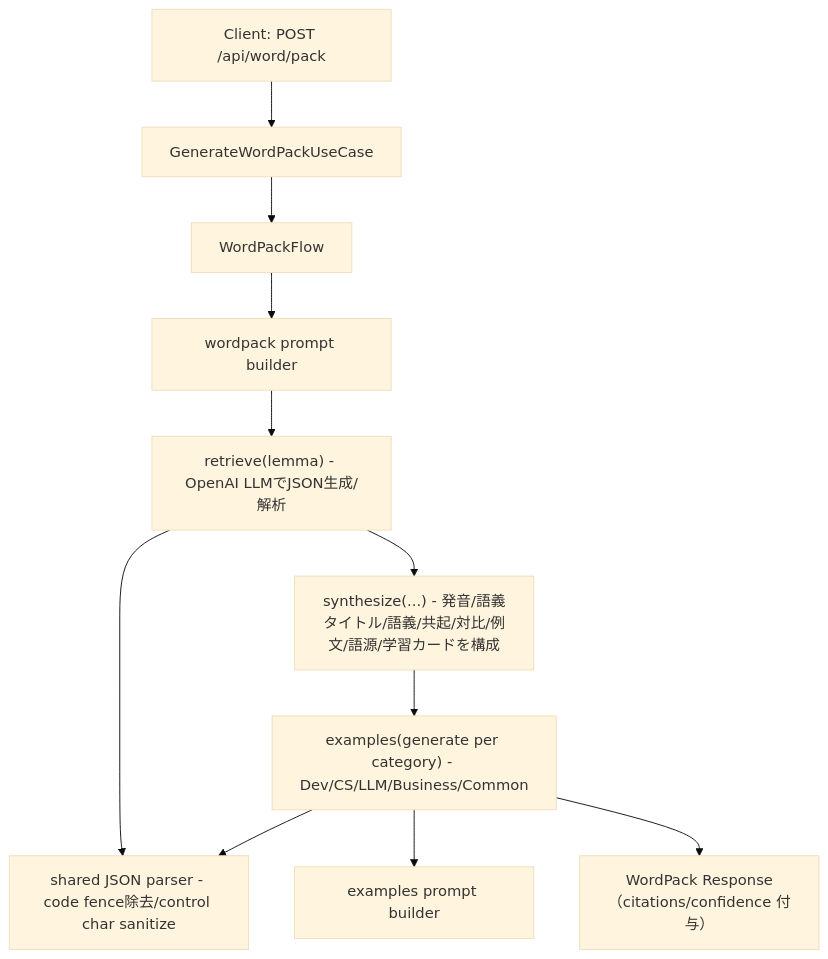
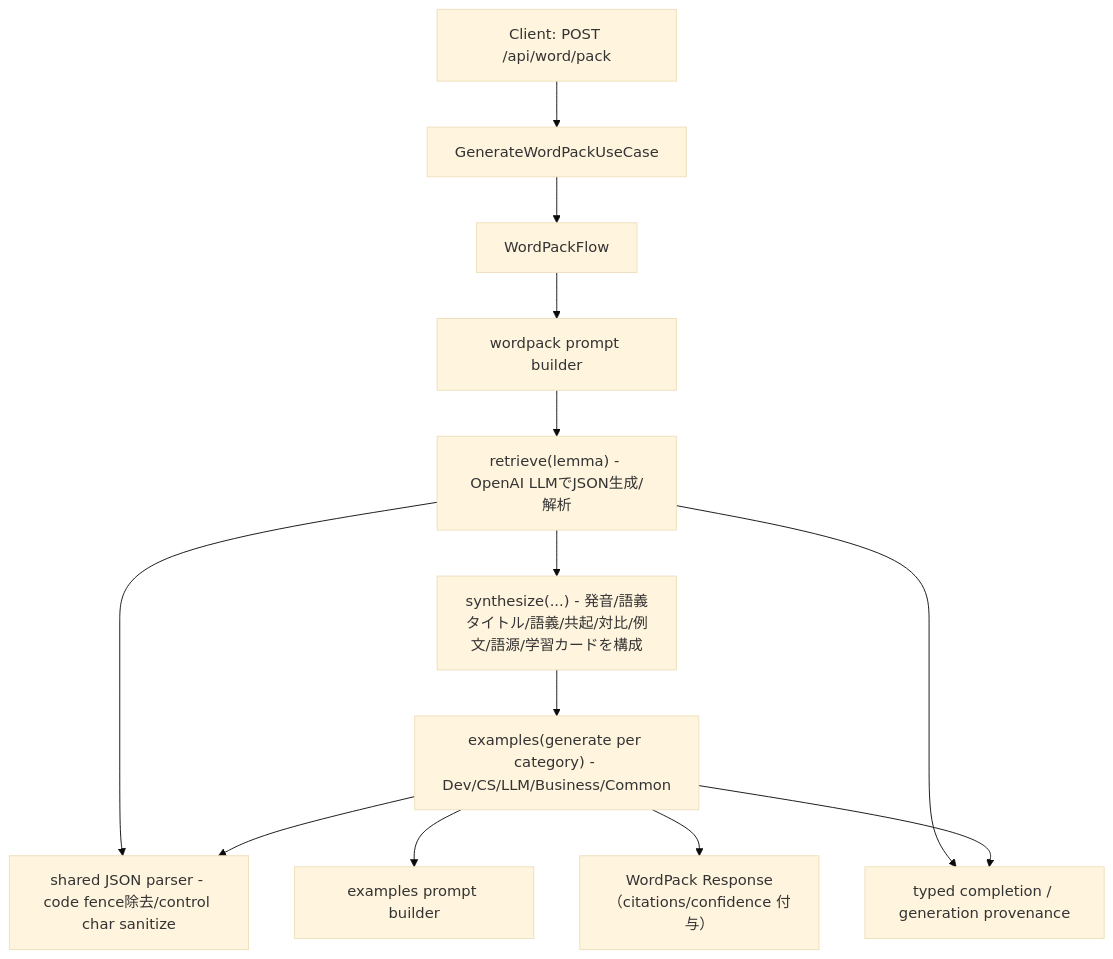
One commit to stillshore-chirp/wordpack-for-english changed the first of 2 diagrams in docs/flows.md. Above: the diagram before and after it, drawn with Mermaid (base theme). The commit also changed other lines of this file and 13 other files, not shown here.

````diff
--- a/docs/flows.md
+++ b/docs/flows.md
@@ -4,13 +4,15 @@
 ```mermaid
 graph TD
     A[Client: POST /api/word/pack] --> U[GenerateWordPackUseCase];
     U --> B[WordPackFlow];
     B --> P["wordpack prompt builder"];
     P --> C["retrieve(lemma) - OpenAI LLMでJSON生成/解析"];
     C --> JP["shared JSON parser - code fence除去/control char sanitize"];
     C --> D["synthesize(...) - 発音/語義タイトル/語義/共起/対比/例文/語源/学習カードを構成"];
     D --> E["examples(generate per category) - Dev/CS/LLM/Business/Common"];
     E --> EP["examples prompt builder"];
     E --> JP;
     E --> F["WordPack Response（citations/confidence 付与）"];
+    C --> PV["typed completion / generation provenance"];
+    E --> PV;
 ```
````
